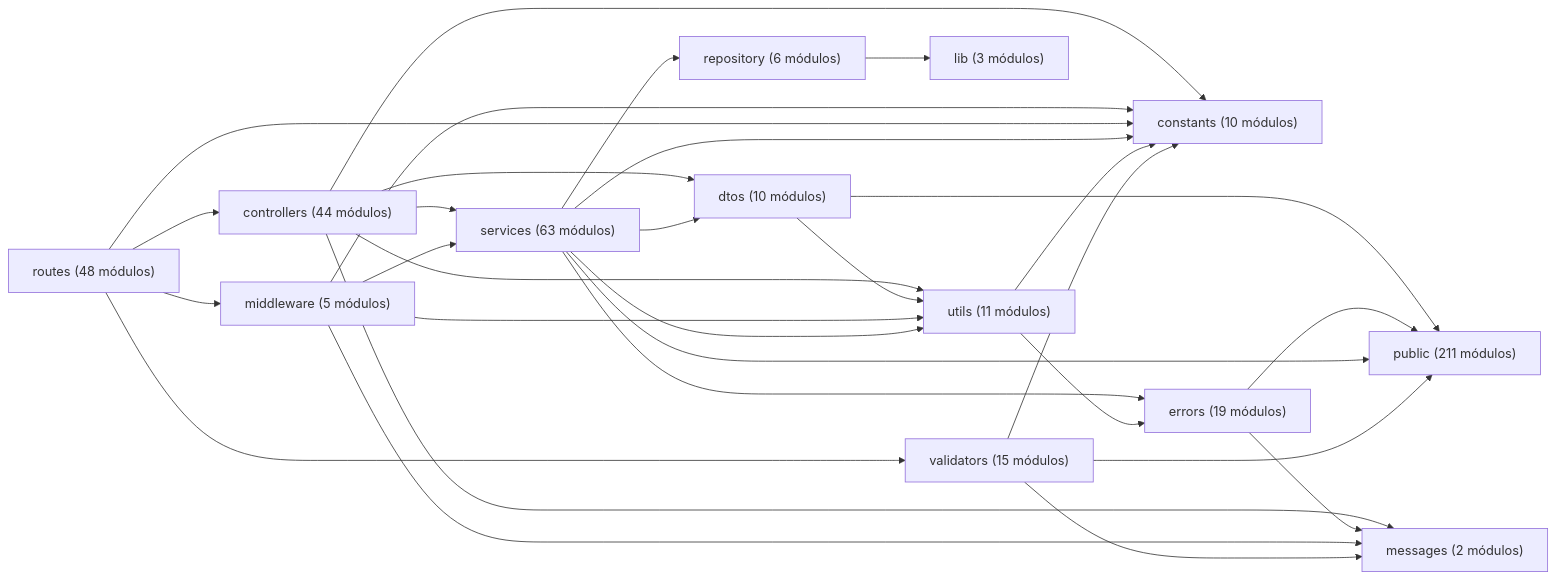
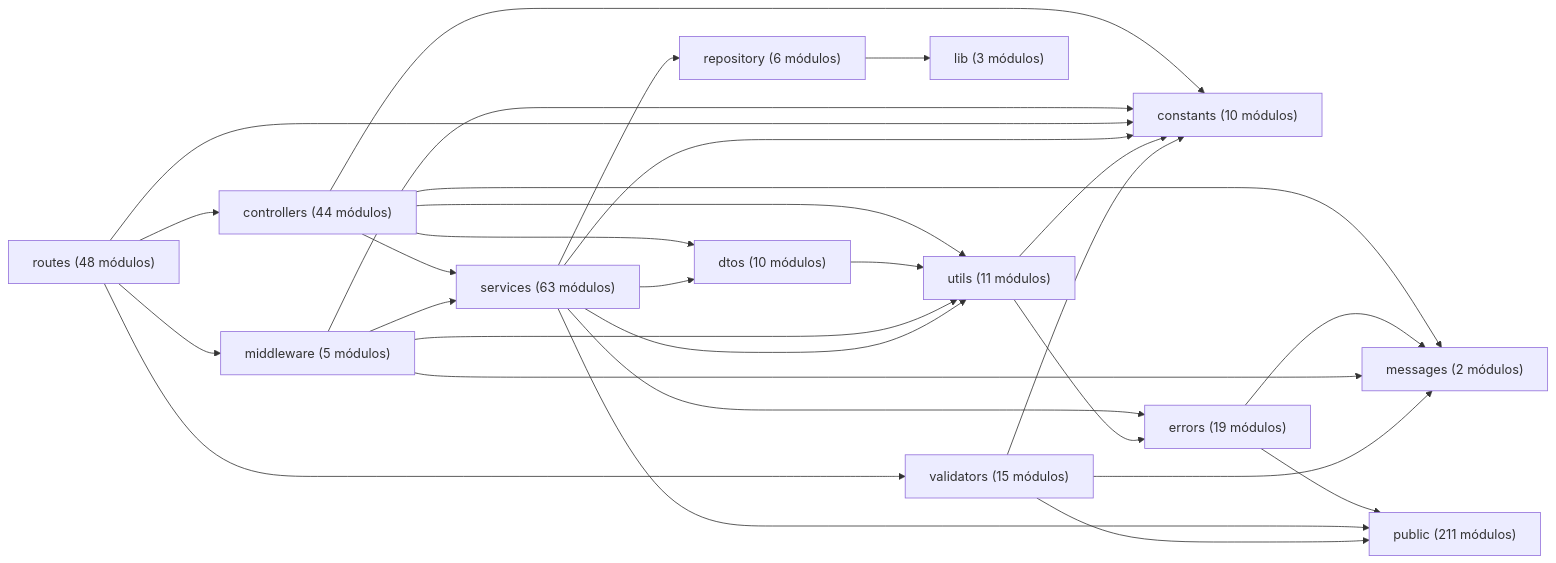
One commit to gpgsistemas01/nexus changed the diagram in docs/architecture/views/development/code-map.md. Above: the diagram before and after it, drawn with Mermaid. The commit also changed 40 other files, not shown here.

````diff
--- a/docs/architecture/views/development/code-map.md
+++ b/docs/architecture/views/development/code-map.md
@@ -14,32 +14,31 @@
 ```mermaid
 flowchart LR
     controllers["controllers (44 módulos)"] --> constants["constants (10 módulos)"]
     controllers["controllers (44 módulos)"] --> dtos["dtos (10 módulos)"]
     controllers["controllers (44 módulos)"] --> messages["messages (2 módulos)"]
     controllers["controllers (44 módulos)"] --> services["services (63 módulos)"]
     controllers["controllers (44 módulos)"] --> utils["utils (11 módulos)"]
-    dtos["dtos (10 módulos)"] --> public["public (211 módulos)"]
     dtos["dtos (10 módulos)"] --> utils["utils (11 módulos)"]
     errors["errors (19 módulos)"] --> messages["messages (2 módulos)"]
     errors["errors (19 módulos)"] --> public["public (211 módulos)"]
     middleware["middleware (5 módulos)"] --> constants["constants (10 módulos)"]
     middleware["middleware (5 módulos)"] --> messages["messages (2 módulos)"]
     middleware["middleware (5 módulos)"] --> services["services (63 módulos)"]
     middleware["middleware (5 módulos)"] --> utils["utils (11 módulos)"]
     repository["repository (6 módulos)"] --> lib["lib (3 módulos)"]
     routes["routes (48 módulos)"] --> constants["constants (10 módulos)"]
     routes["routes (48 módulos)"] --> controllers["controllers (44 módulos)"]
     routes["routes (48 módulos)"] --> middleware["middleware (5 módulos)"]
     routes["routes (48 módulos)"] --> validators["validators (15 módulos)"]
     services["services (63 módulos)"] --> constants["constants (10 módulos)"]
     services["services (63 módulos)"] --> dtos["dtos (10 módulos)"]
     services["services (63 módulos)"] --> errors["errors (19 módulos)"]
     services["services (63 módulos)"] --> public["public (211 módulos)"]
     services["services (63 módulos)"] --> repository["repository (6 módulos)"]
     services["services (63 módulos)"] --> utils["utils (11 módulos)"]
     utils["utils (11 módulos)"] --> constants["constants (10 módulos)"]
     utils["utils (11 módulos)"] --> errors["errors (19 módulos)"]
     validators["validators (15 módulos)"] --> constants["constants (10 módulos)"]
     validators["validators (15 módulos)"] --> messages["messages (2 módulos)"]
     validators["validators (15 módulos)"] --> public["public (211 módulos)"]
 ```
````
